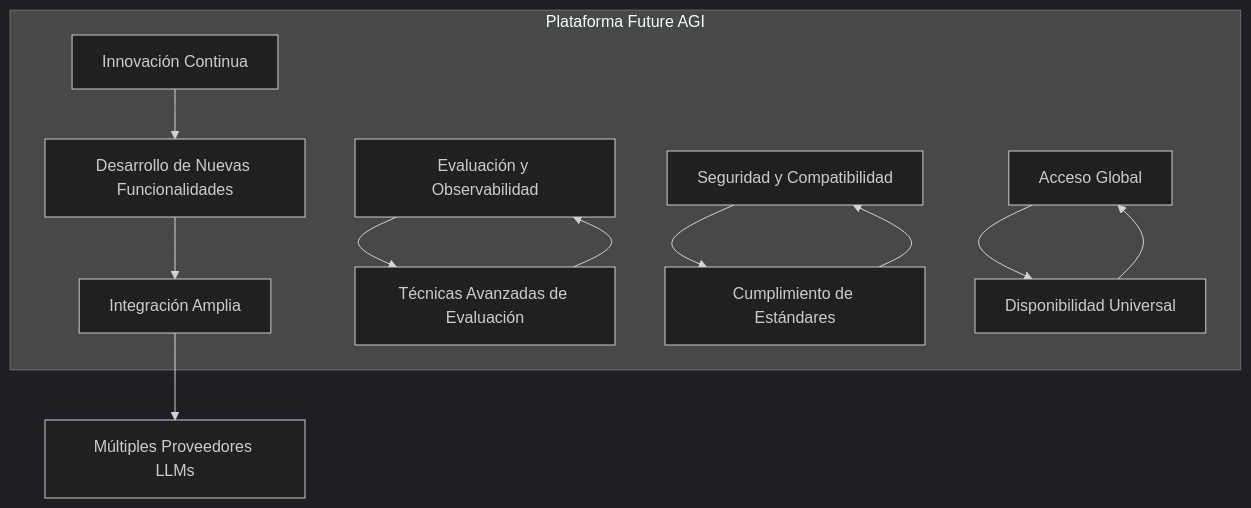
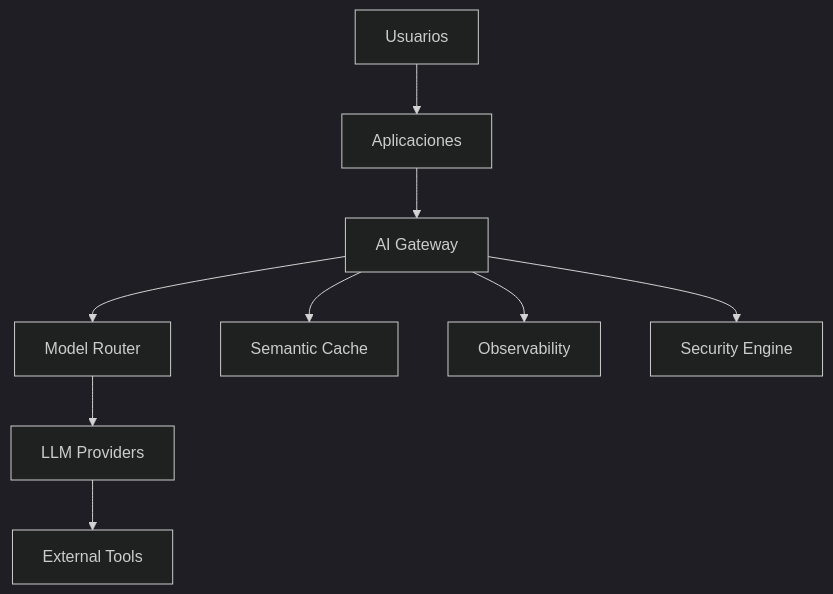
The first of 8 diagrams in _Review/ai_gateways_y_observabilidad_de_llms/ai_gateways_y_observabilidad_de_llms.md (Joaquinriosheredia/DAM-Java-Mastery), drawn with Mermaid (dark theme) before and after one commit. The commit also changed other lines of this file, not shown here.

Commit message:
API Gateways y Observabilidad de LLMs

````diff
--- a/_Review/ai_gateways_y_observabilidad_de_llms/ai_gateways_y_observabilidad_de_llms.md
+++ b/_Review/ai_gateways_y_observabilidad_de_llms/ai_gateways_y_observabilidad_de_llms.md
@@ -26,25 +123,21 @@
 ```mermaid
 graph TD
-    A[Innovación Continua] --> B[Desarrollo de Nuevas Funcionalidades]
-    C[Integración Amplia] --> D[Múltiples Proveedores LLMs]
-    E[Evaluación y Observabilidad] --> F[Técnicas Avanzadas de Evaluación]
-    G[Seguridad y Compatibilidad] --> H[Cumplimiento de Estándares]
-    I[Acceso Global] --> J[Disponibilidad Universal]
+    USER[Usuarios]
+    APP[Aplicaciones]
+    GW[AI Gateway]
+    ROUTER[Model Router]
+    CACHE[Semantic Cache]
+    LLM[LLM Providers]
+    TOOLS[External Tools]
+    OBS[Observability]
+    SEC[Security Engine]
 
-    B --> C
-    F --> E
-    H --> G
-    J --> I
-
-    subgraph Plataforma Future AGI
-        A;
-        B;
-        C;
-        E;
-        F;
-        G;
-        H;
-        I;
-        J;
-    end
+    USER --> APP
+    APP --> GW
+    GW --> ROUTER
+    GW --> CACHE
+    GW --> SEC
+    ROUTER --> LLM
+    LLM --> TOOLS
+    GW --> OBS
 ```
````
